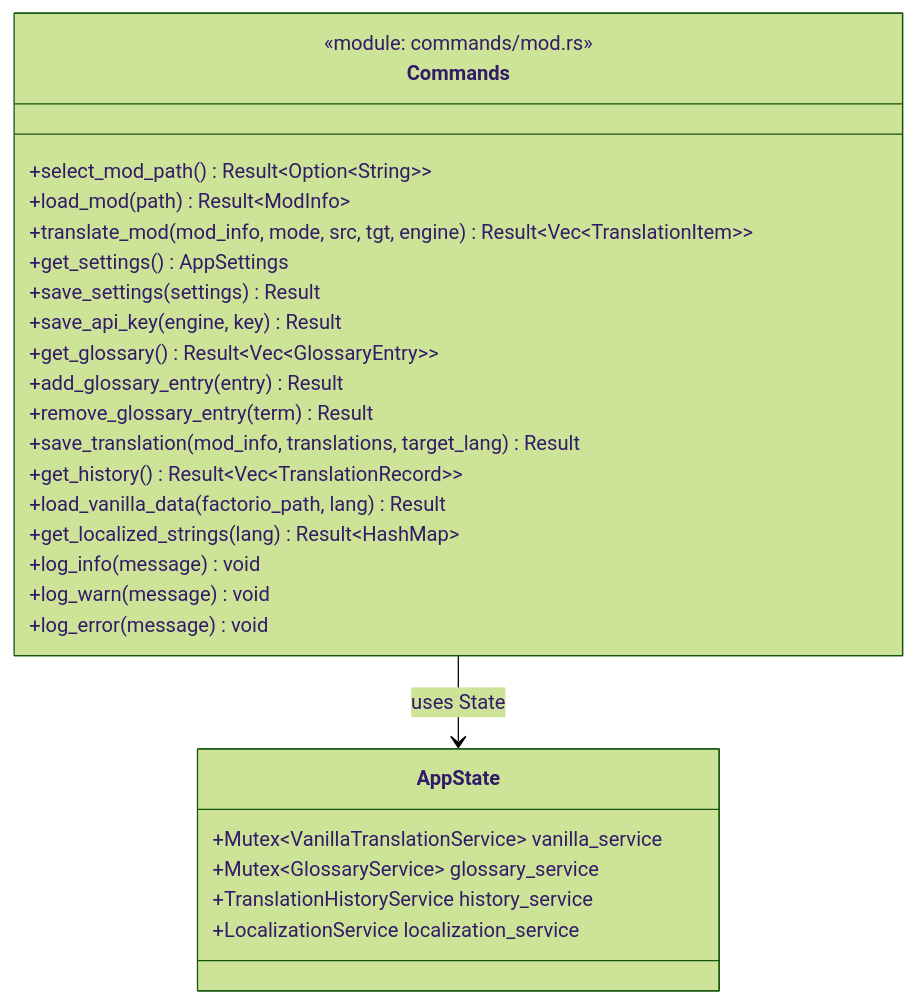
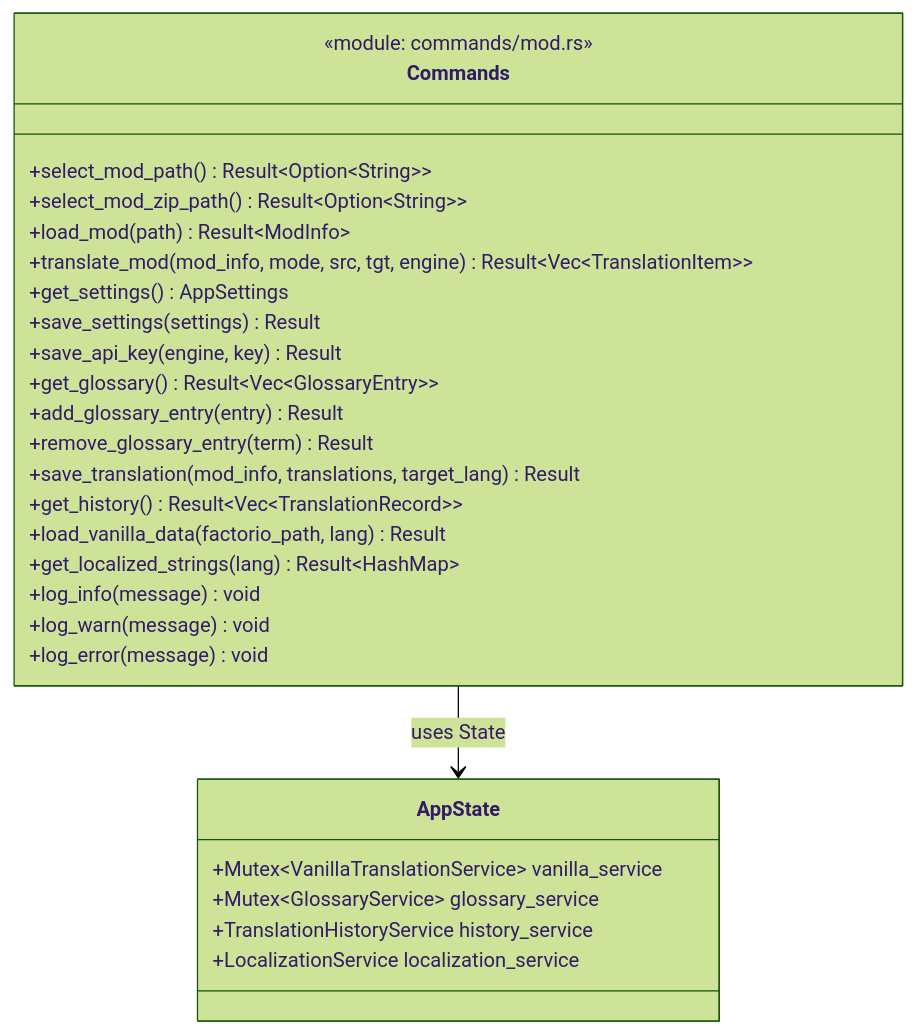
One commit to taisuk46/FactorioModTranslator changed the fourth of 11 diagrams in docs/design_document.md. Above: the diagram before and after it, drawn with Mermaid (forest theme). The commit also changed other lines of this file and 5 other files, not shown here.

````diff
--- a/docs/design_document.md
+++ b/docs/design_document.md
@@ -589,33 +603,34 @@
 ```mermaid
 classDiagram
     direction TB
 
     class AppState {
         +Mutex~VanillaTranslationService~ vanilla_service
         +Mutex~GlossaryService~ glossary_service
         +TranslationHistoryService history_service
         +LocalizationService localization_service
     }
 
     class Commands {
         <<module: commands/mod.rs>>
         +select_mod_path() Result~Option~String~~
+        +select_mod_zip_path() Result~Option~String~~
         +load_mod(path) Result~ModInfo~
         +translate_mod(mod_info, mode, src, tgt, engine) Result~Vec~TranslationItem~~
         +get_settings() AppSettings
         +save_settings(settings) Result
         +save_api_key(engine, key) Result
         +get_glossary() Result~Vec~GlossaryEntry~~
         +add_glossary_entry(entry) Result
         +remove_glossary_entry(term) Result
         +save_translation(mod_info, translations, target_lang) Result
         +get_history() Result~Vec~TranslationRecord~~
         +load_vanilla_data(factorio_path, lang) Result
         +get_localized_strings(lang) Result~HashMap~
         +log_info(message) void
         +log_warn(message) void
         +log_error(message) void
     }
 
     Commands --> AppState : uses State
 ```
````
